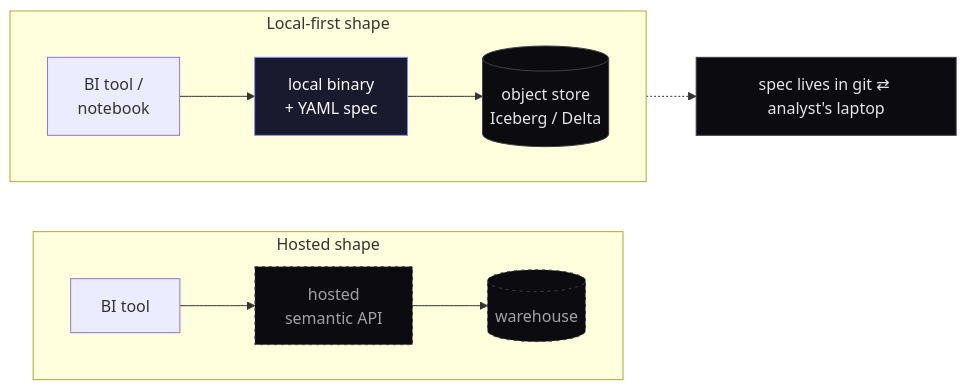
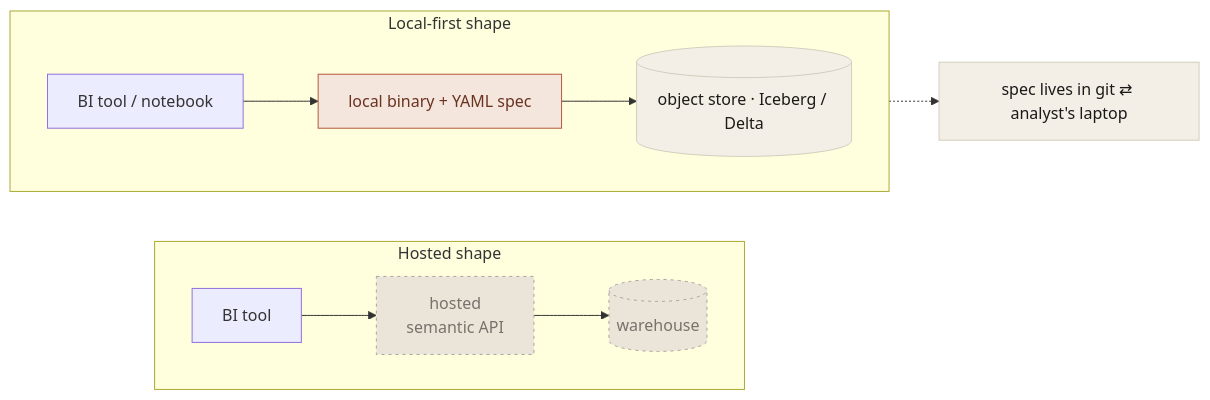
Before and after one commit to sagar8080/sagar8080.github.io: the first of 2 diagrams in content/writing/local-first-semantic-layers.mdx, drawn with Mermaid. The commit also changed other lines of this file and 21 other files, not shown here.

````diff
--- a/content/writing/local-first-semantic-layers.mdx
+++ b/content/writing/local-first-semantic-layers.mdx
@@ -45,19 +45,19 @@
 ```mermaid
 flowchart LR
-  classDef accent fill:#1a1a2e,stroke:#818cf8,color:#fafafa
-  classDef plain fill:#0c0c10,stroke:#3f3f46,color:#e4e4e7
-  classDef cloud fill:#0c0c10,stroke:#3f3f46,color:#a1a1aa,stroke-dasharray: 3 4
+  classDef accent fill:#f4e6dd,stroke:#b45a3c,color:#6A3320
+  classDef plain fill:#f3efe7,stroke:#d4cdbe,color:#1c1917
+  classDef cloud fill:#ebe5d9,stroke:#a8a29e,color:#78716c,stroke-dasharray: 3 4
 
   subgraph H["Hosted shape"]
     direction LR
     H1[BI tool] --> H2[hosted<br/>semantic API]:::cloud --> H3[(warehouse)]:::cloud
   end
 
   subgraph L["Local-first shape"]
     direction LR
-    L1[BI tool /<br/>notebook] --> L2[local binary<br/>+ YAML spec]:::accent --> L3[(object store<br/>Iceberg / Delta)]:::plain
+    L1["BI tool / notebook"] --> L2["local binary + YAML spec"]:::accent --> L3[("object store · Iceberg / Delta")]:::plain
   end
 
   Note["spec lives in git ⇄ analyst&apos;s laptop"]:::plain
   L2 -.-> Note
 ```
````
